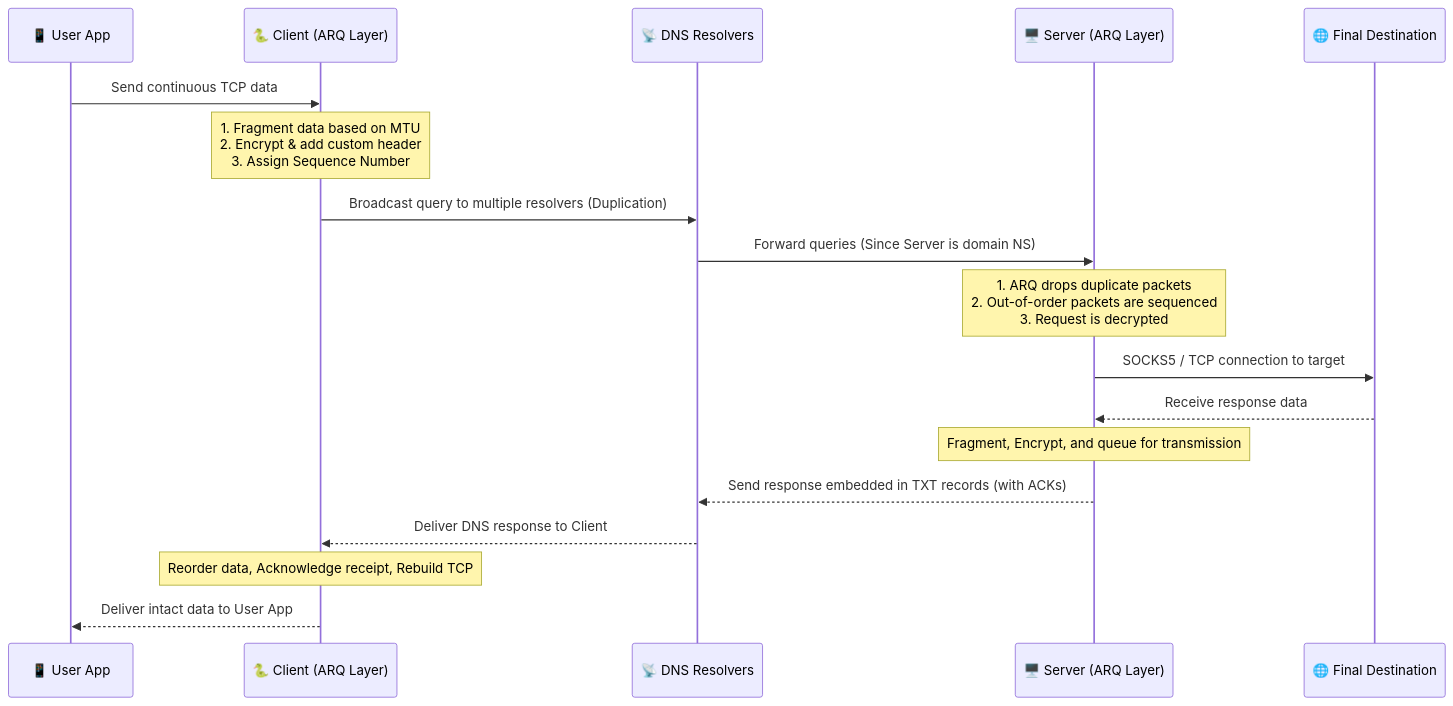
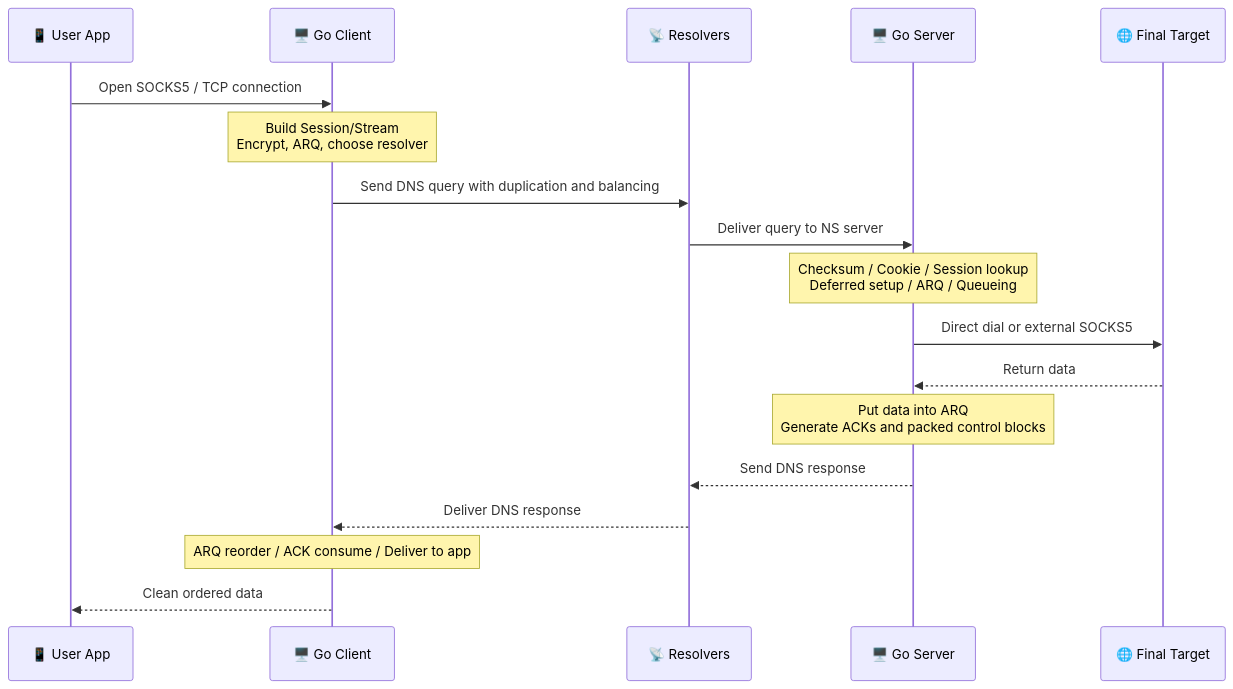
One commit to masterking32/MasterDnsVPN changed the second of 2 diagrams in README.MD. Above: the diagram before and after it, drawn with Mermaid. The commit also changed other lines of this file and 1 other file, not shown here.

````diff
--- a/README.MD
+++ b/README.MD
@@ -476,21 +684,21 @@
 ```mermaid
 sequenceDiagram
     participant App as 📱 User App
-    participant Client as 🐍 Client (ARQ Layer)
-    participant DNS as 📡 DNS Resolvers
-    participant Server as 🖥️ Server (ARQ Layer)
-    participant Target as 🌐 Final Destination
+    participant Client as 🖥️ Go Client
+    participant DNS as 📡 Resolvers
+    participant Server as 🖥️ Go Server
+    participant Target as 🌐 Final Target
 
-    App->>Client: Send continuous TCP data
-    Note over Client: 1. Fragment data based on MTU<br>2. Encrypt & add custom header<br>3. Assign Sequence Number
-    Client->>DNS: Broadcast query to multiple resolvers (Duplication)
-    DNS->>Server: Forward queries (Since Server is domain NS)
-    Note over Server: 1. ARQ drops duplicate packets<br>2. Out-of-order packets are sequenced<br>3. Request is decrypted
-    Server->>Target: SOCKS5 / TCP connection to target
-    Target-->>Server: Receive response data
-    Note over Server: Fragment, Encrypt, and queue for transmission
-    Server-->>DNS: Send response embedded in TXT records (with ACKs)
-    DNS-->>Client: Deliver DNS response to Client
-    Note over Client: Reorder data, Acknowledge receipt, Rebuild TCP
-    Client-->>App: Deliver intact data to User App
+    App->>Client: Open SOCKS5 / TCP connection
+    Note over Client: Build Session/Stream<br/>Encrypt, ARQ, choose resolver
+    Client->>DNS: Send DNS query with duplication and balancing
+    DNS->>Server: Deliver query to NS server
+    Note over Server: Checksum / Cookie / Session lookup<br/>Deferred setup / ARQ / Queueing
+    Server->>Target: Direct dial or external SOCKS5
+    Target-->>Server: Return data
+    Note over Server: Put data into ARQ<br/>Generate ACKs and packed control blocks
+    Server-->>DNS: Send DNS response
+    DNS-->>Client: Deliver DNS response
+    Note over Client: ARQ reorder / ACK consume / Deliver to app
+    Client-->>App: Clean ordered data
 ```
````
